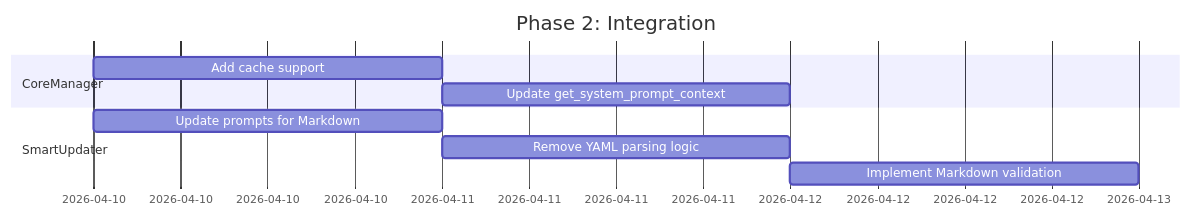
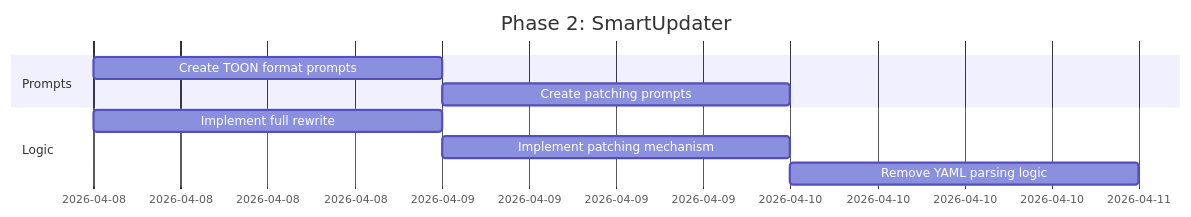
The sixth of 7 diagrams in plans/memories/t3_update_memory.md (Flowerf19/Harness_agent), drawn with Mermaid before and after one commit. The commit also changed other lines of this file and 3 other files, not shown here.

First line of the commit message:
feat: Implement Markdown-based storage for Core Memory and LM Studio LLM Service

````diff
--- a/plans/memories/t3_update_memory.md
+++ b/plans/memories/t3_update_memory.md
@@ -929,13 +1111,13 @@
 ```mermaid
 gantt
-    title Phase 2: Integration
+    title Phase 2: SmartUpdater
     dateFormat  YYYY-MM-DD
-    section CoreManager
-    Add cache support               :c1, 2026-04-10, 1d
-    Update get_system_prompt_context :c2, after c1, 1d
+    section Prompts
+    Create TOON format prompts      :c1, 2026-04-08, 1d
+    Create patching prompts         :c2, after c1, 0.5d
     
-    section SmartUpdater
-    Update prompts for Markdown     :d1, 2026-04-10, 1d
-    Remove YAML parsing logic       :d2, after d1, 1d
-    Implement Markdown validation    :d3, after d2, 1d
+    section Logic
+    Implement full rewrite          :d1, 2026-04-08, 1d
+    Implement patching mechanism    :d2, after d1, 1d
+    Remove YAML parsing logic       :d3, after d2, 0.5d
 ```
````
